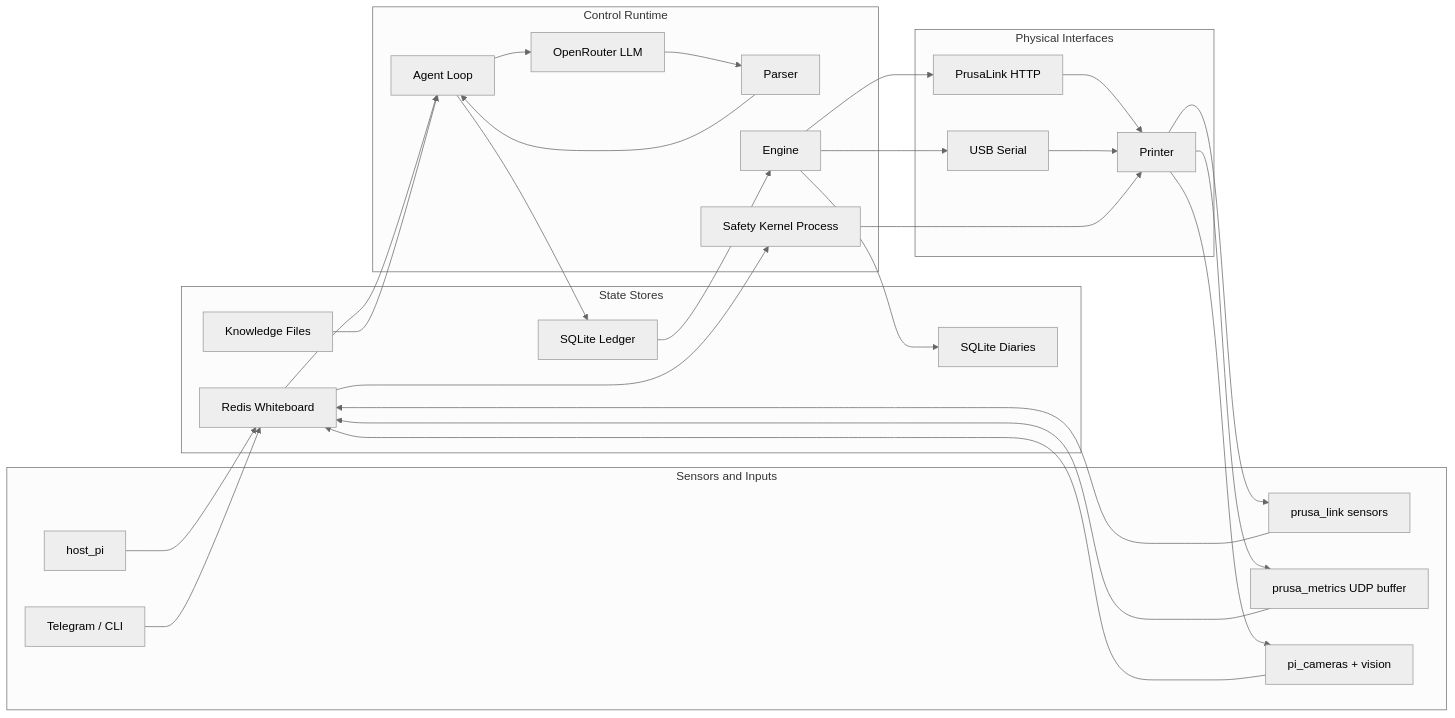
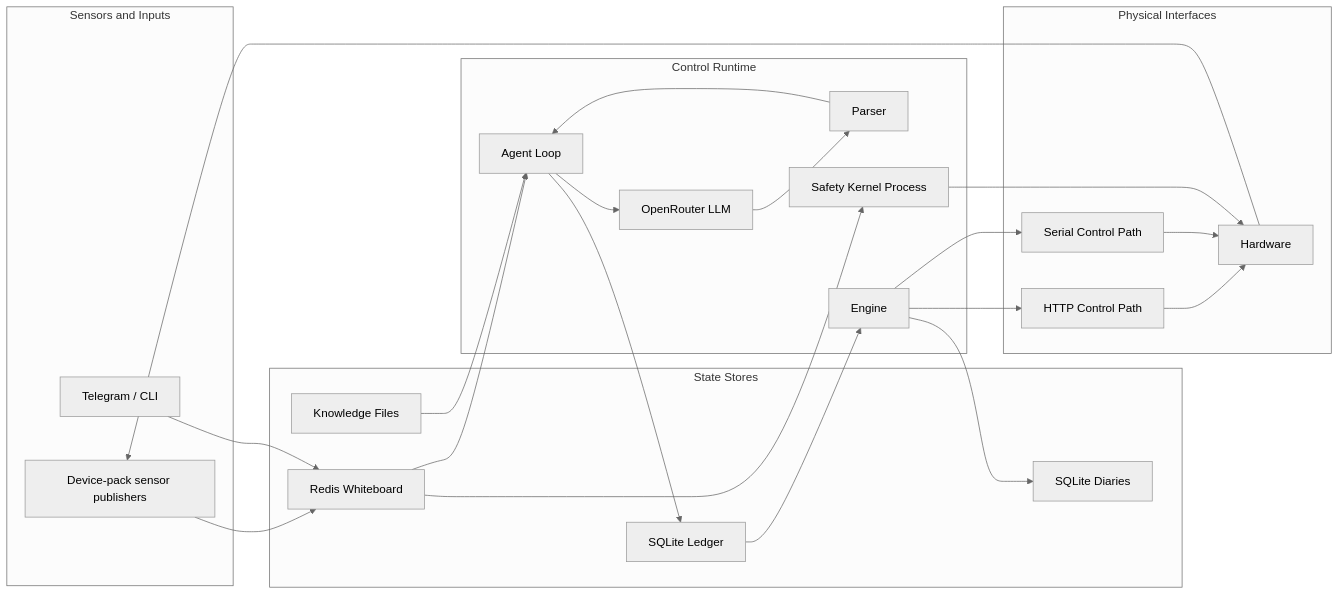
Before and after one commit to anieyrudh/Wallee: the first of 5 diagrams in ARCHITECTURE.md, drawn with Mermaid (neutral theme). The commit also changed other lines of this file and 9 other files, not shown here.

Commit message:
v5: hardware-agnostic ARCHITECTURE.md, device pack READMEs, sensor vs actuator distinction

````diff
--- a/ARCHITECTURE.md
+++ b/ARCHITECTURE.md
@@ -66,51 +66,43 @@
 ```mermaid
 flowchart LR
-    subgraph Sensors["Sensors and Inputs"]
-        HP["host_pi"]
-        PLS["prusa_link sensors"]
-        PMS["prusa_metrics UDP buffer"]
-        CAM["pi_cameras + vision"]
+    subgraph Inputs["Sensors and Inputs"]
+        SENS["Device-pack sensor publishers"]
         HUM["Telegram / CLI"]
     end
     subgraph State["State Stores"]
         WB["Redis Whiteboard"]
         LEDGER["SQLite Ledger"]
         DIARY["SQLite Diaries"]
         KNOW["Knowledge Files"]
     end
     subgraph Control["Control Runtime"]
         AGENT["Agent Loop"]
         LLM["OpenRouter LLM"]
         PARSER["Parser"]
         ENGINE["Engine"]
         SAFETY["Safety Kernel Process"]
     end
     subgraph Hardware["Physical Interfaces"]
-        HTTP["PrusaLink HTTP"]
-        SERIAL["USB Serial"]
-        PRINTER["Printer"]
+        HTTP["HTTP Control Path"]
+        SERIAL["Serial Control Path"]
+        MACHINE["Hardware"]
     end
 
-    HP --> WB
-    PLS --> WB
-    PMS --> WB
-    CAM --> WB
+    SENS --> WB
     HUM --> WB
     WB --> AGENT
     KNOW --> AGENT
     AGENT --> LLM
     LLM --> PARSER
     PARSER --> AGENT
     AGENT --> LEDGER
     LEDGER --> ENGINE
     ENGINE --> DIARY
     ENGINE --> HTTP
     ENGINE --> SERIAL
-    HTTP --> PRINTER
-    SERIAL --> PRINTER
-    PRINTER --> PLS
-    PRINTER --> PMS
-    PRINTER --> CAM
+    HTTP --> MACHINE
+    SERIAL --> MACHINE
+    MACHINE --> SENS
     WB --> SAFETY
-    SAFETY --> PRINTER
+    SAFETY --> MACHINE
 ```
````
